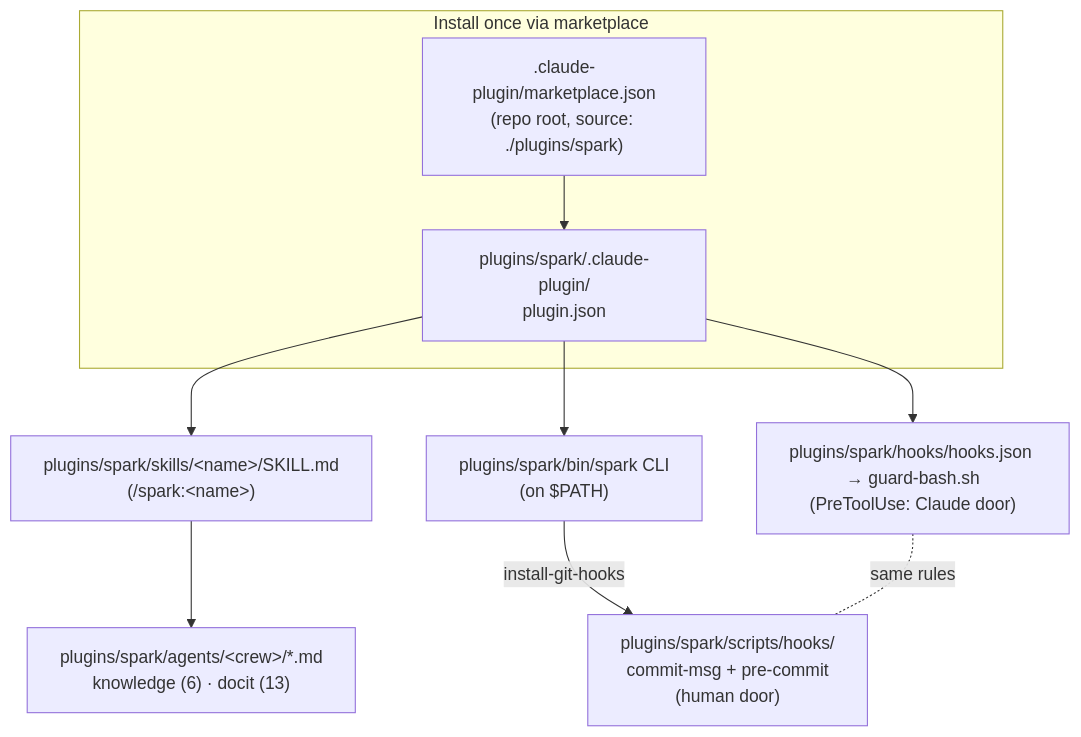
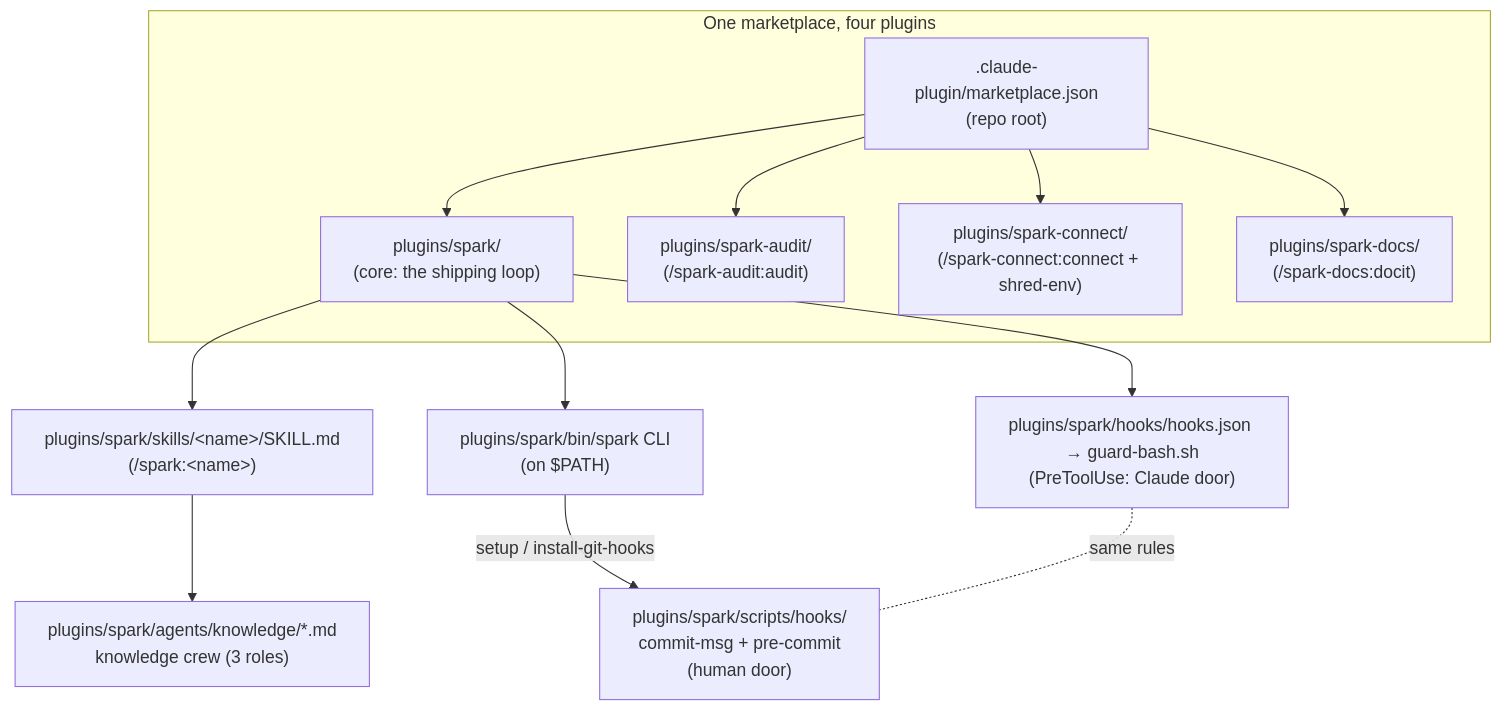
One commit to jwogrady/spark changed the diagram in docs/architecture/spark-internals.md. Above: the diagram before and after it, drawn with Mermaid. The commit also changed other lines of this file and 19 other files, not shown here.

````diff
--- a/docs/architecture/spark-internals.md
+++ b/docs/architecture/spark-internals.md
@@ -68,14 +85,20 @@
 ```mermaid
 flowchart TB
-  subgraph Install["Install once via marketplace"]
-    MP[".claude-plugin/marketplace.json<br/>(repo root, source: ./plugins/spark)"]
-    M["plugins/spark/.claude-plugin/<br/>plugin.json"]
+  subgraph Install["One marketplace, four plugins"]
+    MP[".claude-plugin/marketplace.json<br/>(repo root)"]
+    M["plugins/spark/<br/>(core: the shipping loop)"]
+    CA["plugins/spark-audit/<br/>(/spark-audit:audit)"]
+    CC["plugins/spark-connect/<br/>(/spark-connect:connect + shred-env)"]
+    CD["plugins/spark-docs/<br/>(/spark-docs:docit)"]
     MP --> M
+    MP --> CA
+    MP --> CC
+    MP --> CD
   end
   M --> S["plugins/spark/skills/&lt;name&gt;/SKILL.md<br/>(/spark:&lt;name&gt;)"]
   M --> H["plugins/spark/hooks/hooks.json → guard-bash.sh<br/>(PreToolUse: Claude door)"]
   M --> C["plugins/spark/bin/spark CLI<br/>(on $PATH)"]
-  S --> A["plugins/spark/agents/&lt;crew&gt;/*.md<br/>knowledge (6) · docit (13)"]
-  C -->|install-git-hooks| G["plugins/spark/scripts/hooks/<br/>commit-msg + pre-commit<br/>(human door)"]
+  S --> A["plugins/spark/agents/knowledge/*.md<br/>knowledge crew (3 roles)"]
+  C -->|setup / install-git-hooks| G["plugins/spark/scripts/hooks/<br/>commit-msg + pre-commit<br/>(human door)"]
   H -. same rules .- G
 ```
````
